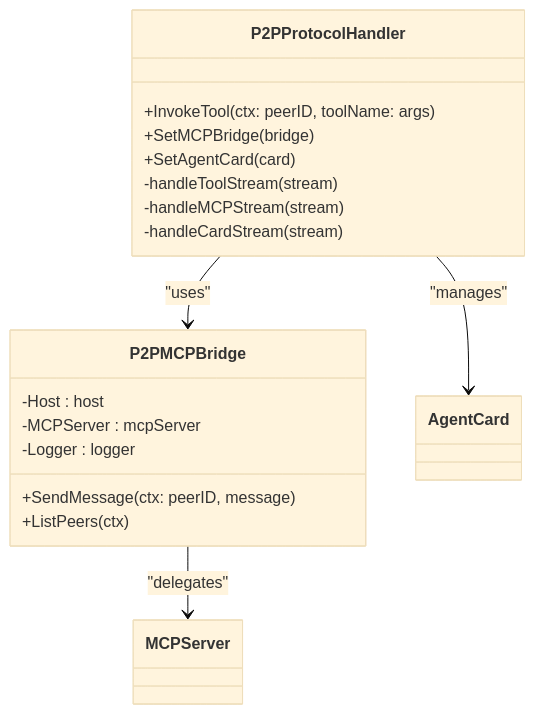
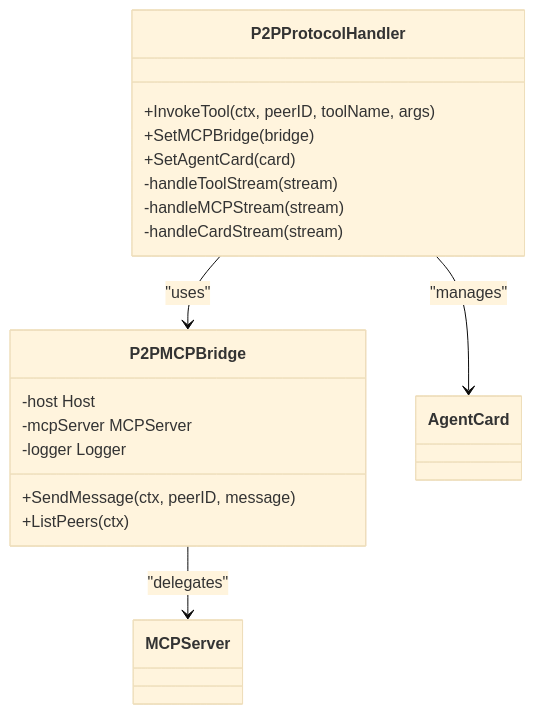
One commit to prxs-ai/praxis-go-sdk changed the third of 3 diagrams in docs/Core Services/P2P Networking.md. Above: the diagram before and after it, drawn with Mermaid (base theme). The commit also changed other lines of this file and 33 other files, not shown here.

````diff
--- a/docs/Core Services/P2P Networking.md
+++ b/docs/Core Services/P2P Networking.md
@@ -196,21 +196,21 @@
 ```mermaid
 classDiagram
 class P2PMCPBridge {
-+SendMessage(ctx: peerID, message)
++SendMessage(ctx, peerID, message)
 +ListPeers(ctx)
--Host : host
--MCPServer : mcpServer
--Logger : logger
+-host Host
+-mcpServer MCPServer
+-logger Logger
 }
 class P2PProtocolHandler {
-+InvokeTool(ctx: peerID, toolName: args)
++InvokeTool(ctx, peerID, toolName, args)
 +SetMCPBridge(bridge)
 +SetAgentCard(card)
 -handleToolStream(stream)
 -handleMCPStream(stream)
 -handleCardStream(stream)
 }
 P2PProtocolHandler --> P2PMCPBridge : "uses"
 P2PMCPBridge --> MCPServer : "delegates"
 P2PProtocolHandler --> AgentCard : "manages"
 ```
````
